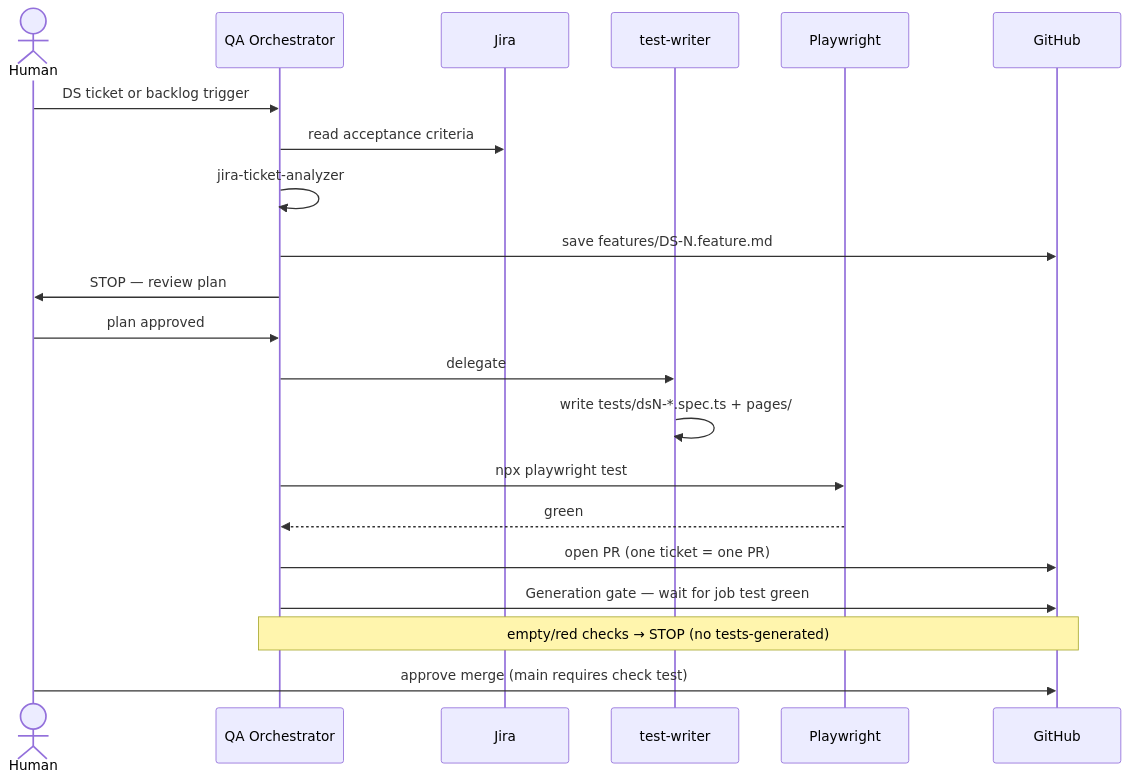
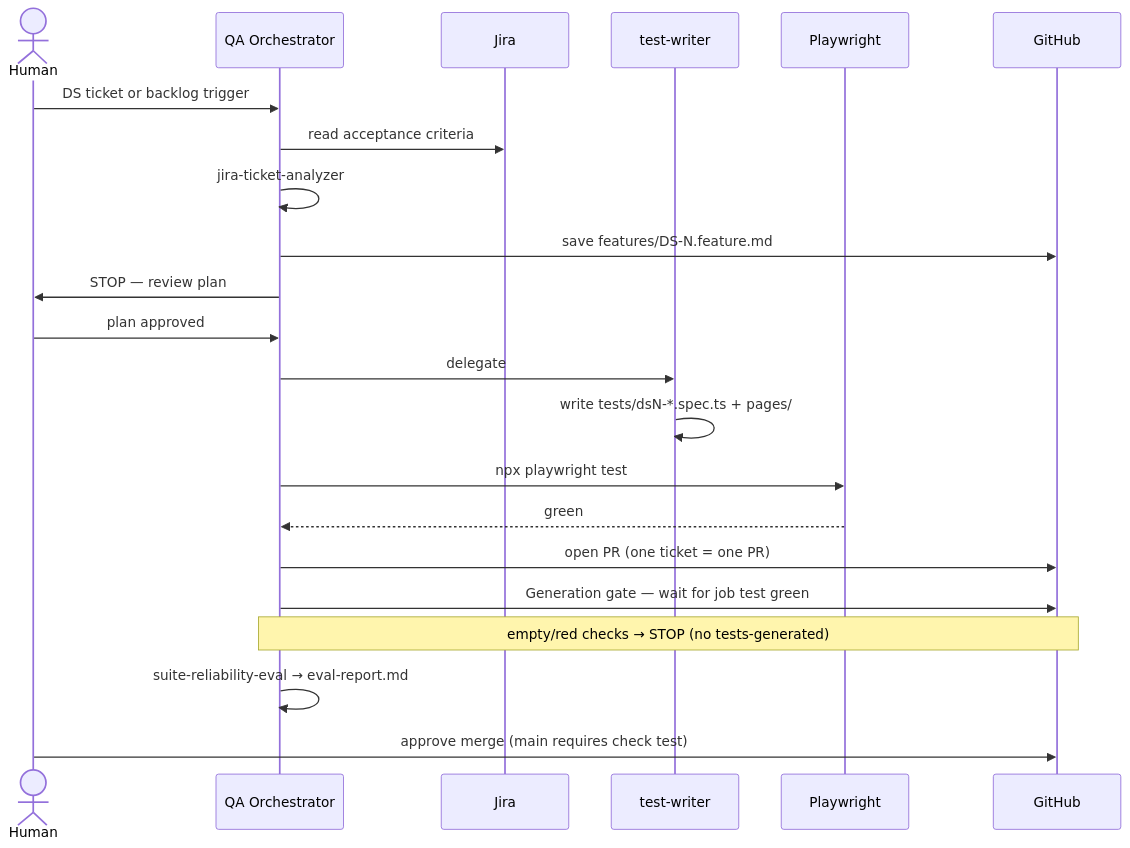
The second of 4 diagrams in docs/harness-diagram.md (svetlanasevcencog-png/homework), drawn with Mermaid before and after one commit. The commit also changed other lines of this file and 6 other files, not shown here.

First line of the commit message:
Make suite reliability eval mandatory before orchestrator Done.

````diff
--- a/docs/harness-diagram.md
+++ b/docs/harness-diagram.md
@@ -106,24 +106,25 @@
 ```mermaid
 sequenceDiagram
   actor Human
   participant Orch as QA Orchestrator
   participant Jira
   participant TW as test-writer
   participant PW as Playwright
   participant GH as GitHub
 
   Human->>Orch: DS ticket or backlog trigger
   Orch->>Jira: read acceptance criteria
   Orch->>Orch: jira-ticket-analyzer
   Orch->>GH: save features/DS-N.feature.md
   Orch->>Human: STOP — review plan
   Human->>Orch: plan approved
   Orch->>TW: delegate
   TW->>TW: write tests/dsN-*.spec.ts + pages/
   Orch->>PW: npx playwright test
   PW-->>Orch: green
   Orch->>GH: open PR (one ticket = one PR)
   Orch->>GH: Generation gate — wait for job test green
   Note over Orch,GH: empty/red checks → STOP (no tests-generated)
+  Orch->>Orch: suite-reliability-eval → eval-report.md
   Human->>GH: approve merge (main requires check test)
 ```
````
